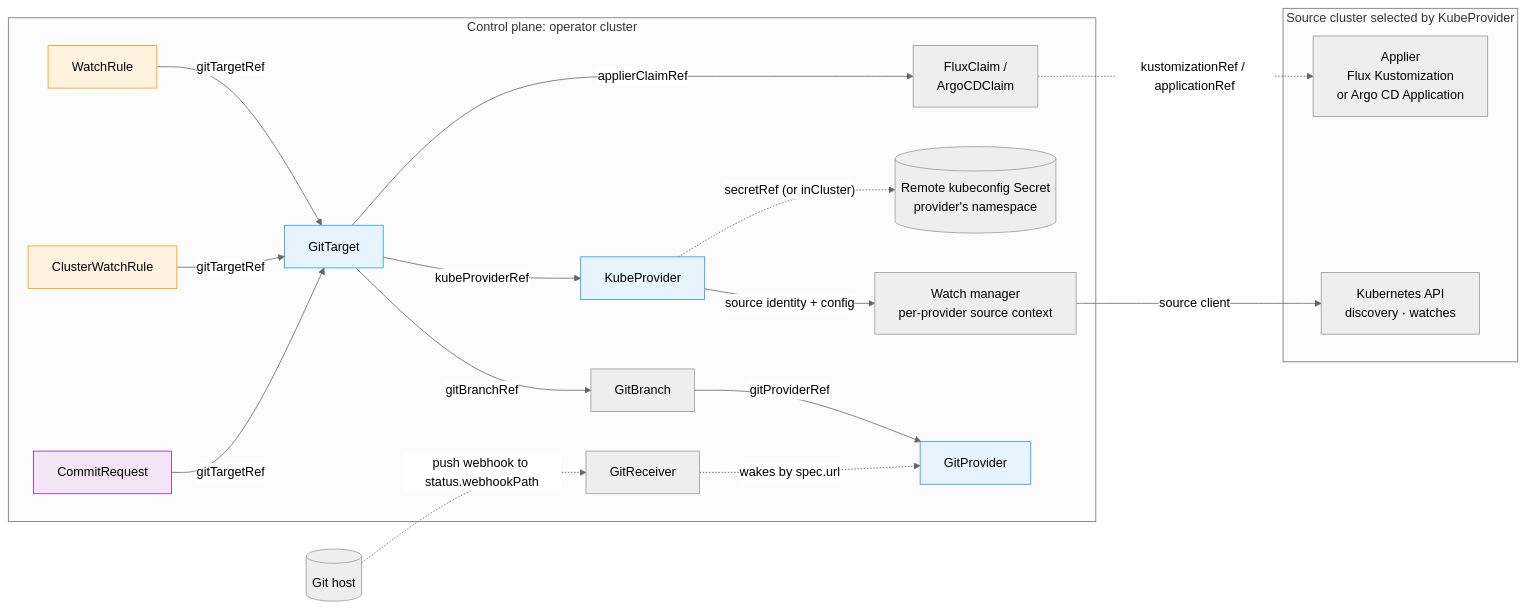
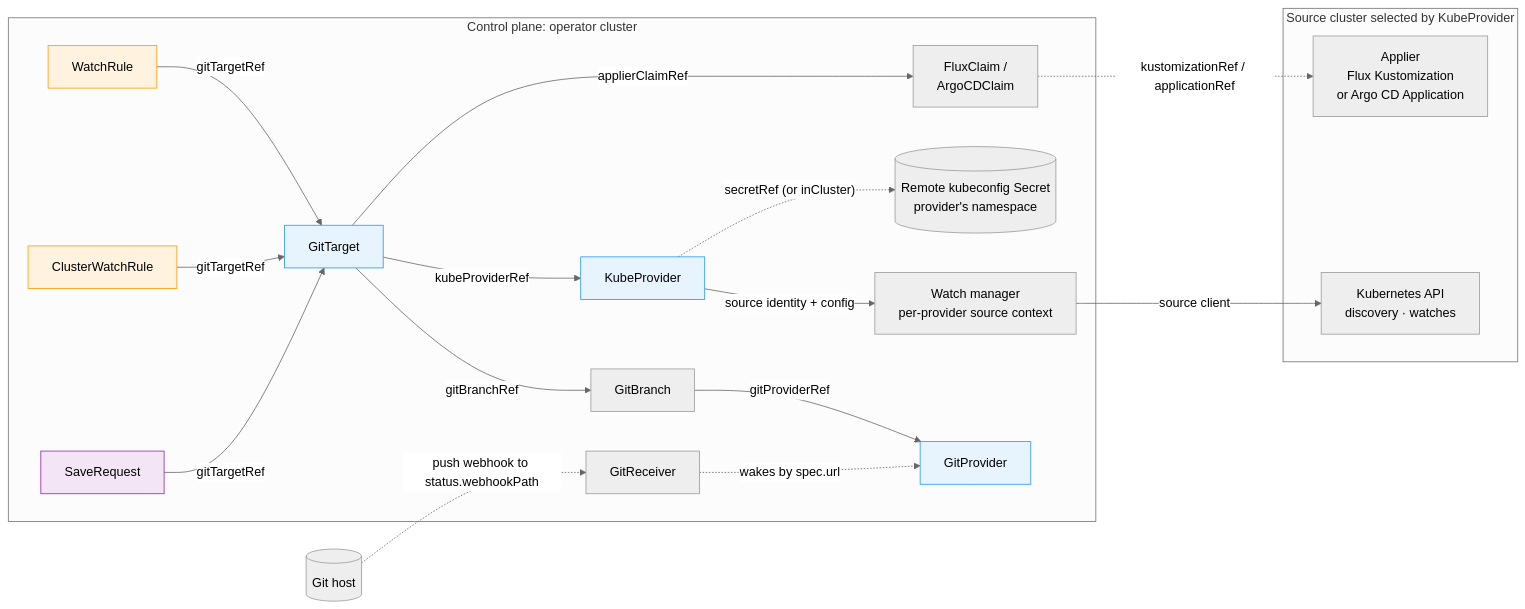
Before and after one commit to ConfigButler/gitops-reverser: the first of 6 diagrams in docs/architecture.md, drawn with Mermaid (neutral theme). The commit also changed other lines of this file and 156 other files, not shown here.

First line of the commit message:
feat(api)!: CommitRequest is SaveRequest; the source-cluster save is RemoteSaveRequest

````diff
--- a/docs/architecture.md
+++ b/docs/architecture.md
@@ -302,35 +302,35 @@
 ```mermaid
 graph LR
     subgraph CONTROL["Control plane: operator cluster"]
         WR[WatchRule] -->|gitTargetRef| GT[GitTarget]
         CWR[ClusterWatchRule] -->|gitTargetRef| GT
-        CR[CommitRequest] -->|gitTargetRef| GT
+        CR[SaveRequest] -->|gitTargetRef| GT
         GT -->|applierClaimRef| TR["FluxClaim /\nArgoCDClaim"]
         GT -->|kubeProviderRef| CP[KubeProvider]
         GT -->|gitBranchRef| GB[GitBranch]
         GB -->|gitProviderRef| GP[GitProvider]
         GR[GitReceiver] -.->|"wakes by spec.url"| GP
         KCFG[("Remote kubeconfig Secret\nprovider's namespace")]
         WM["Watch manager\nper-provider source context"]
     end
 
     subgraph SOURCE["Source cluster selected by KubeProvider"]
         API["Kubernetes API\ndiscovery · watches"]
         APPLIER["Applier\nFlux Kustomization\nor Argo CD Application"]
     end
 
     HOST[("Git host")]
 
     CP -. "secretRef (or inCluster)" .-> KCFG
     CP -->|"source identity + config"| WM
     WM -->|"source client"| API
     TR -. "kustomizationRef / applicationRef" .-> APPLIER
     HOST -. "push webhook to status.webhookPath" .-> GR
 
     style GP fill:#e8f4fd,stroke:#2196f3
     style CP fill:#e8f4fd,stroke:#2196f3
     style GT fill:#e8f4fd,stroke:#2196f3
     style WR fill:#fff3e0,stroke:#ff9800
     style CWR fill:#fff3e0,stroke:#ff9800
     style CR fill:#f3e5f5,stroke:#8e24aa
 ```
````
